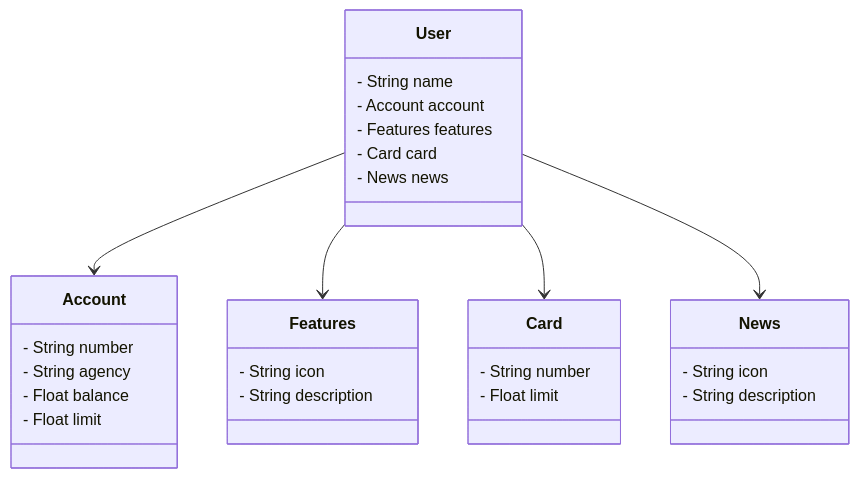
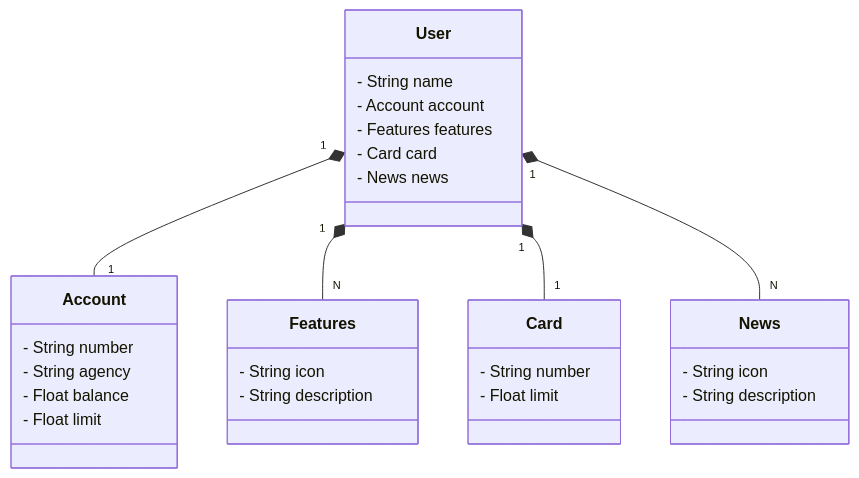
The diagram in README.md (michaelfsnts/santander-dev-week-2023), drawn with Mermaid before and after one commit.

````diff
--- a/README.md
+++ b/README.md
@@ -4,37 +4,37 @@
 ```mermaid
 classDiagram
     class User {
         - String name
         - Account account
         - Features features
         - Card card
         - News news
     }
     
     class Account {
         - String number
         - String agency
         - Float balance
         - Float limit
     }
 
     class Features {
         - String icon
         - String description
     }
 
     class Card {
         - String number
         - Float limit
     }
 
     class News {
         - String icon
         - String description
     }
 
-    User --> Account
-    User --> Features
-    User --> Card
-    User --> News
+    User "1" *-- "1" Account
+    User "1" *-- "N"Features
+    User "1" *-- "1" Card
+    User "1" *-- "N" News
 ```
````
